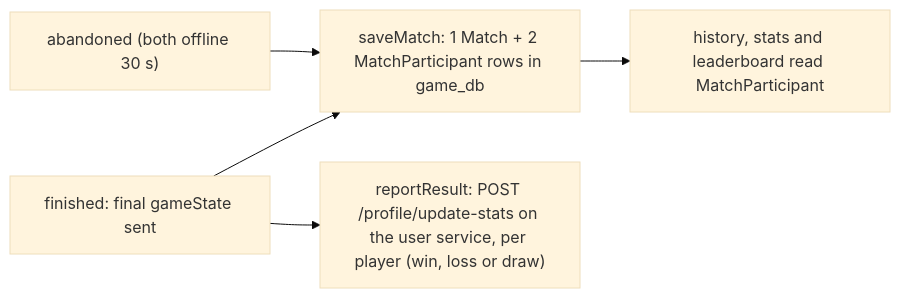
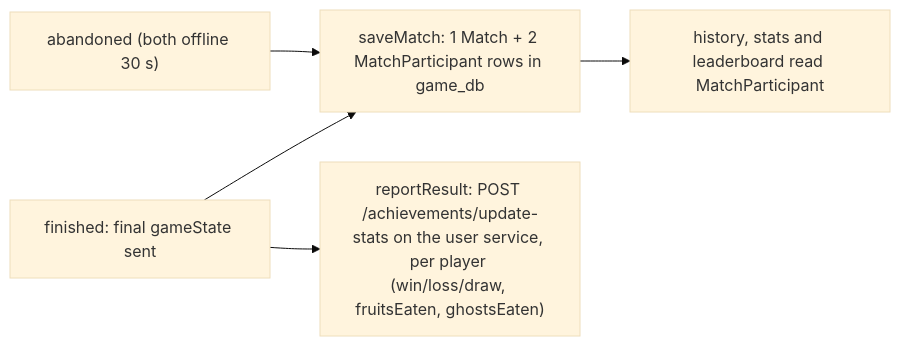
One commit to HanFeg-42/ft_transcendence changed the third of 3 diagrams in docs/architecture/game.md. Above: the diagram before and after it, drawn with Mermaid (base theme). The commit also changed other lines of this file, not shown here.

First line of the commit message:
docs(game): update the doc for the achievements route

````diff
--- a/docs/architecture/game.md
+++ b/docs/architecture/game.md
@@ -172,7 +172,7 @@
 ```mermaid
 flowchart LR
     F["finished: final gameState sent"] --> S["saveMatch: 1 Match + 2 MatchParticipant rows in game_db"]
-    F --> R["reportResult: POST /profile/update-stats on the user service, per player (win, loss or draw)"]
+    F --> R["reportResult: POST /achievements/update-stats on the user service, per player (win/loss/draw, fruitsEaten, ghostsEaten)"]
     A["abandoned (both offline 30 s)"] --> S
     S --> Q["history, stats and leaderboard read MatchParticipant"]
 ```
````
